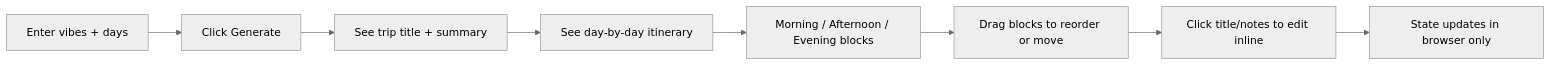
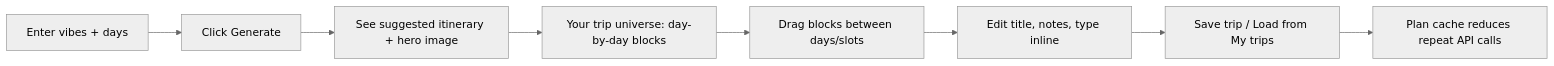
One commit to RaphLed/travel-planner changed the first of 4 diagrams in docs/how-it-works.md. Above: the diagram before and after it, drawn with Mermaid (neutral theme). The commit also changed other lines of this file and 15 other files, not shown here.

Commit message:
feat: DragOverlay + screen reader instructions for itinerary drag-and-drop

````diff
--- a/docs/how-it-works.md
+++ b/docs/how-it-works.md
@@ -9,10 +9,10 @@
 ```mermaid
 flowchart LR
   A[Enter vibes + days] --> B[Click Generate]
-  B --> C[See trip title + summary]
-  C --> D[See day-by-day itinerary]
-  D --> E[Morning / Afternoon / Evening blocks]
-  E --> F[Drag blocks to reorder or move]
-  F --> G[Click title/notes to edit inline]
-  G --> H[State updates in browser only]
+  B --> C[See suggested itinerary + hero image]
+  C --> D[Your trip universe: day-by-day blocks]
+  D --> E[Drag blocks between days/slots]
+  E --> F[Edit title, notes, type inline]
+  F --> G[Save trip / Load from My trips]
+  G --> H[Plan cache reduces repeat API calls]
 ```
````
